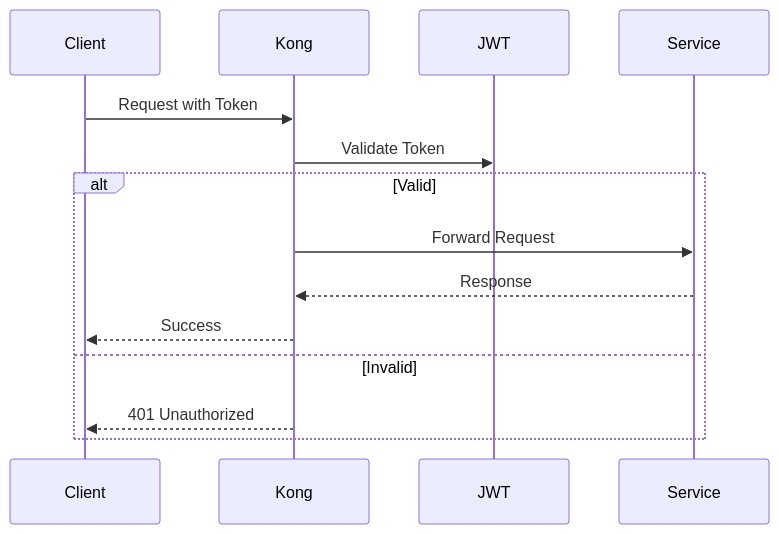
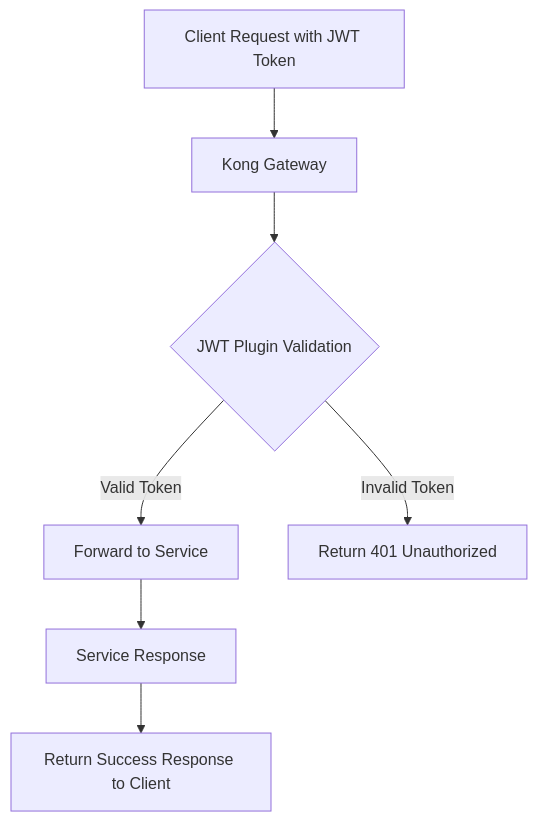
One commit to SyedRehan-cloud/COE-Tasks changed the fifth of 7 diagrams in KONG-Doc-README.md. Above: the diagram before and after it, drawn with Mermaid. The commit also changed other lines of this file, not shown here.

````diff
--- a/KONG-Doc-README.md
+++ b/KONG-Doc-README.md
@@ -392,18 +392,12 @@
-```mermaid id="jwt1"
-sequenceDiagram
-    participant Client
-    participant Kong
-    participant JWT
-    participant Service
+```mermaid id="jwt_fixed"
+flowchart TD
+    A[Client Request with JWT Token] --> B[Kong Gateway]
 
-    Client->>Kong: Request with Token
-    Kong->>JWT: Validate Token
+    B --> C{JWT Plugin Validation}
 
-    alt Valid
-        Kong->>Service: Forward Request
-        Service-->>Kong: Response
-        Kong-->>Client: Success
-    else Invalid
-        Kong-->>Client: 401 Unauthorized
-    end
+    C -->|Valid Token| D[Forward to Service]
+    D --> E[Service Response]
+    E --> F[Return Success Response to Client]
+
+    C -->|Invalid Token| G[Return 401 Unauthorized]
 ```
````
